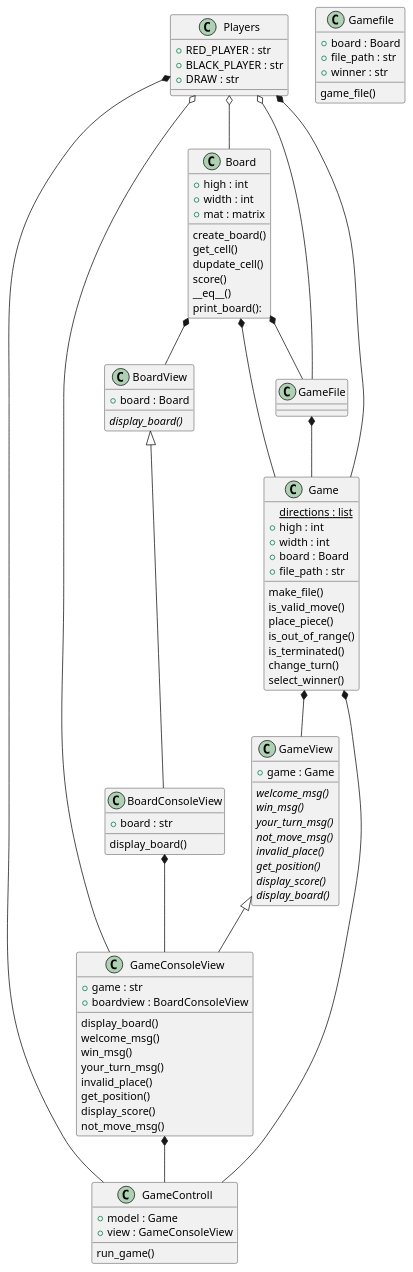
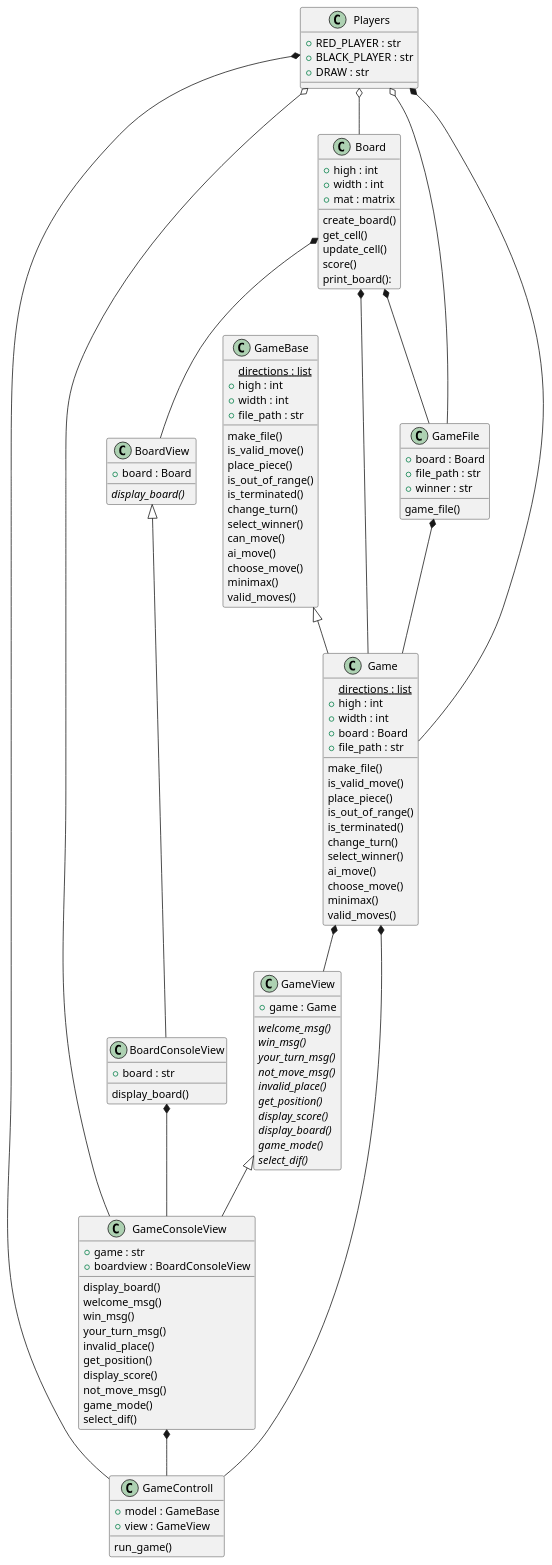
The diagram in proyect.puml (aramishp/reversirepo), drawn with PlantUML before and after one commit. The commit also changed 2 other files, not shown here.

```diff
--- a/proyect.puml
+++ b/proyect.puml
@@ -1,105 +1,135 @@
 @startuml Proyect
 class GameControll {
-    +model : Game
-    +view : GameConsoleView
+    +model : GameBase
+    +view : GameView
     run_game()
 }
 
 class Board {
     +high : int
     +width : int
     +mat : matrix
     create_board()
     get_cell()   
-    dupdate_cell()
+    update_cell()
     score()
-    __eq__()
     print_board(): 
+}
+
+class GameBase {
+    {static} directions : list
+    +high : int
+    +width : int
+    +file_path : str
+    make_file()
+    is_valid_move() 
+    place_piece()
+    is_out_of_range()
+    is_terminated()
+    change_turn()
+    select_winner()  
+    can_move()
+    ai_move()
+    choose_move()
+    minimax()
+    valid_moves()  
 }
 
 class Game {
     {static} directions : list
     +high : int
     +width : int
     +board : Board
     +file_path : str
     make_file()
     is_valid_move() 
     place_piece()
     is_out_of_range()
     is_terminated()
     change_turn()
     select_winner()    
+    ai_move()
+    choose_move()
+    minimax()
+    valid_moves()  
 }
 
-class Gamefile {
+
+class GameFile {
     +board : Board
     +file_path : str
     +winner : str
     game_file()
 }
 
 class Players {
     +RED_PLAYER : str
     +BLACK_PLAYER : str
     +DRAW : str
 }
 
 class BoardConsoleView {
     +board : str
     display_board()
 }
 
 class BoardView {
     +board : Board
     {abstract} display_board()
 }
 
 class GameConsoleView {
     +game : str
     +boardview : BoardConsoleView
     display_board()   
     welcome_msg()   
     win_msg()    
     your_turn_msg()   
     invalid_place()
     get_position()   
     display_score()
     not_move_msg()
-    
+    game_mode()
+    select_dif()
 }
 
 class GameView {
     +game : Game
     {abstract} welcome_msg()
     {abstract} win_msg()
     {abstract} your_turn_msg()
     {abstract} not_move_msg()
     {abstract} invalid_place()
     {abstract} get_position()
     {abstract} display_score()
     {abstract} display_board()
+    {abstract} game_mode()
+    {abstract} select_dif()
 }
 
 GameView <|-- GameConsoleView
 Game *-- GameView
 
 BoardView <|-- BoardConsoleView
 Board *-- BoardView
+
+GameBase <|-- Game
 
 Players o-- GameConsoleView
 BoardConsoleView *-- GameConsoleView
 
 Game *-- GameControll
 Players *-- GameControll
 GameConsoleView *-- GameControll
 
 Players o-- Board
 
 Players *-- Game
 Board *-- Game
 GameFile *-- Game
 
 Board *-- GameFile
 Players o-- GameFile
+
+
 @enduml
```
